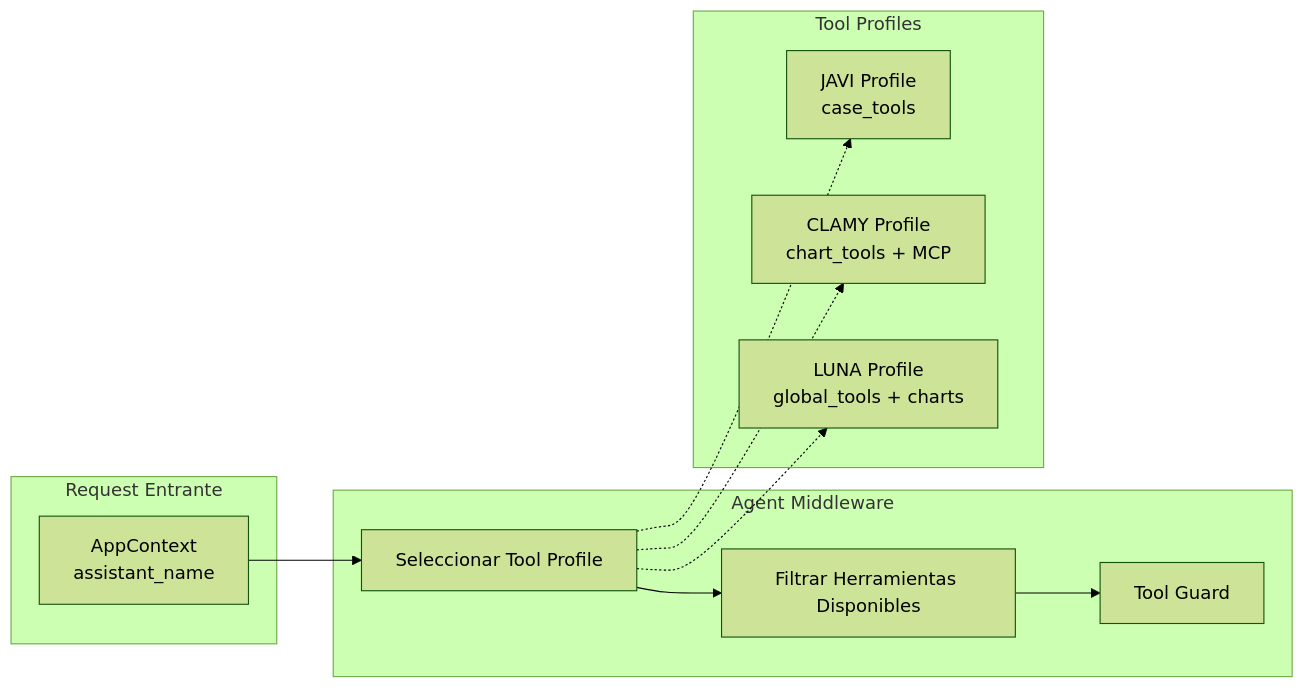
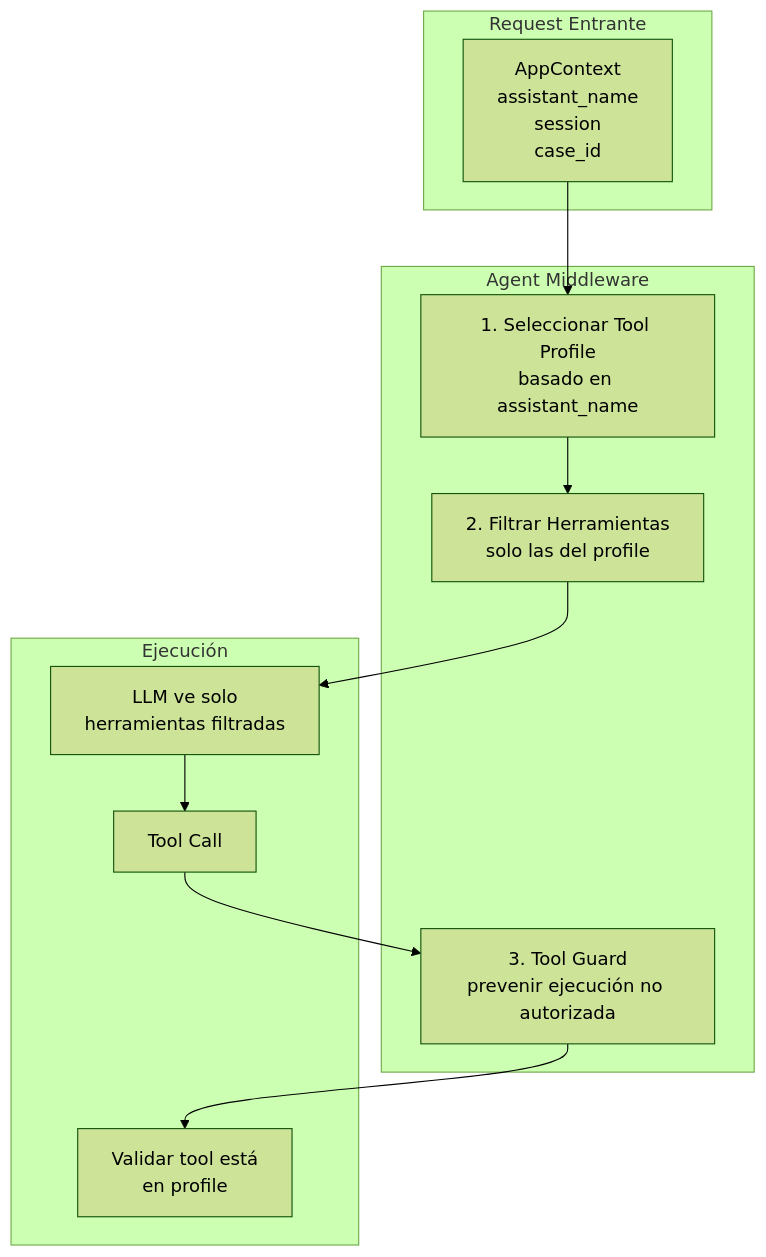
The third of 5 diagrams in es/arquitectura/asistentes-ia.mdx (GetClamo/docs), drawn with Mermaid (forest theme) before and after one commit. The commit also changed other lines of this file, not shown here.

Commit message:
update architecture documentation for Unified AI Assistant

````diff
--- a/es/arquitectura/asistentes-ia.mdx
+++ b/es/arquitectura/asistentes-ia.mdx
@@ -131,26 +167,25 @@
 ```mermaid
-flowchart LR
+flowchart TB
     subgraph Request [Request Entrante]
-        Context[AppContext<br/>assistant_name]
+        Context[AppContext<br/>assistant_name<br/>session<br/>case_id]
     end
     
     subgraph Middleware [Agent Middleware]
-        ProfileSelect[Seleccionar Tool Profile]
-        ToolFilter[Filtrar Herramientas Disponibles]
-        Guard[Tool Guard]
+        ProfileSelect[1. Seleccionar Tool Profile<br/>basado en assistant_name]
+        ToolFilter[2. Filtrar Herramientas<br/>solo las del profile]
+        Guard[3. Tool Guard<br/>prevenir ejecución no autorizada]
     end
     
-    subgraph Profiles [Tool Profiles]
-        JAVI[JAVI Profile<br/>case_tools]
-        CLAMY[CLAMY Profile<br/>chart_tools + MCP]
-        LUNA[LUNA Profile<br/>global_tools + charts]
+    subgraph Execution [Ejecución]
+        LLM[LLM ve solo<br/>herramientas filtradas]
+        ToolCall[Tool Call]
+        Validation[Validar tool está<br/>en profile]
     end
     
     Context --> ProfileSelect
     ProfileSelect --> ToolFilter
-    ToolFilter --> Guard
-    
-    ProfileSelect -.-> JAVI
-    ProfileSelect -.-> CLAMY
-    ProfileSelect -.-> LUNA
+    ToolFilter --> LLM
+    LLM --> ToolCall
+    ToolCall --> Guard
+    Guard --> Validation
 ```
````
